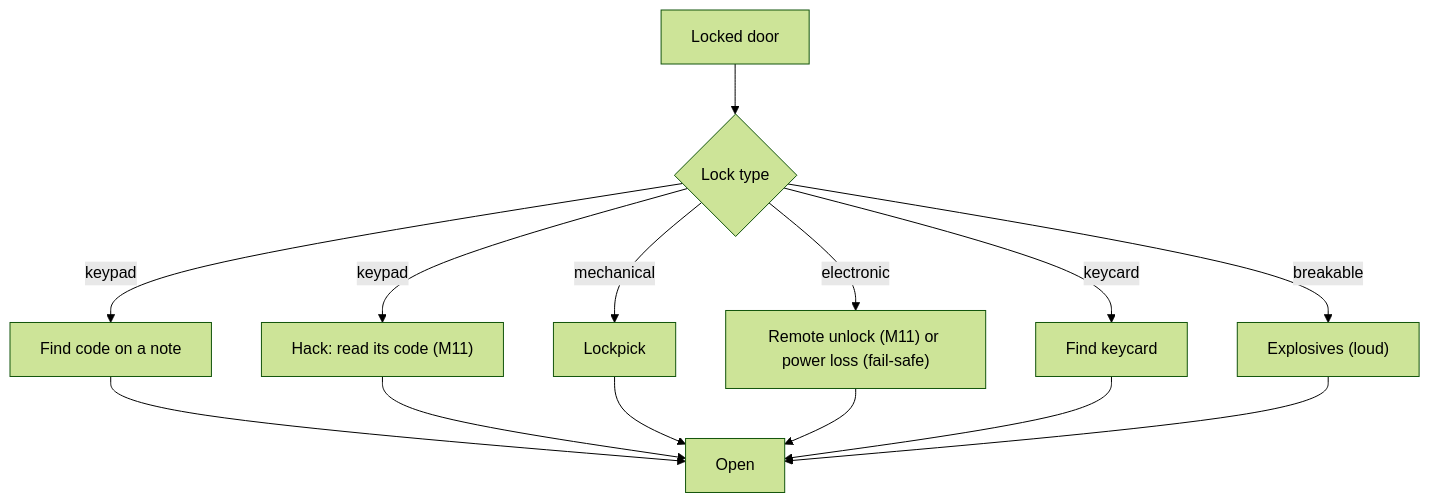
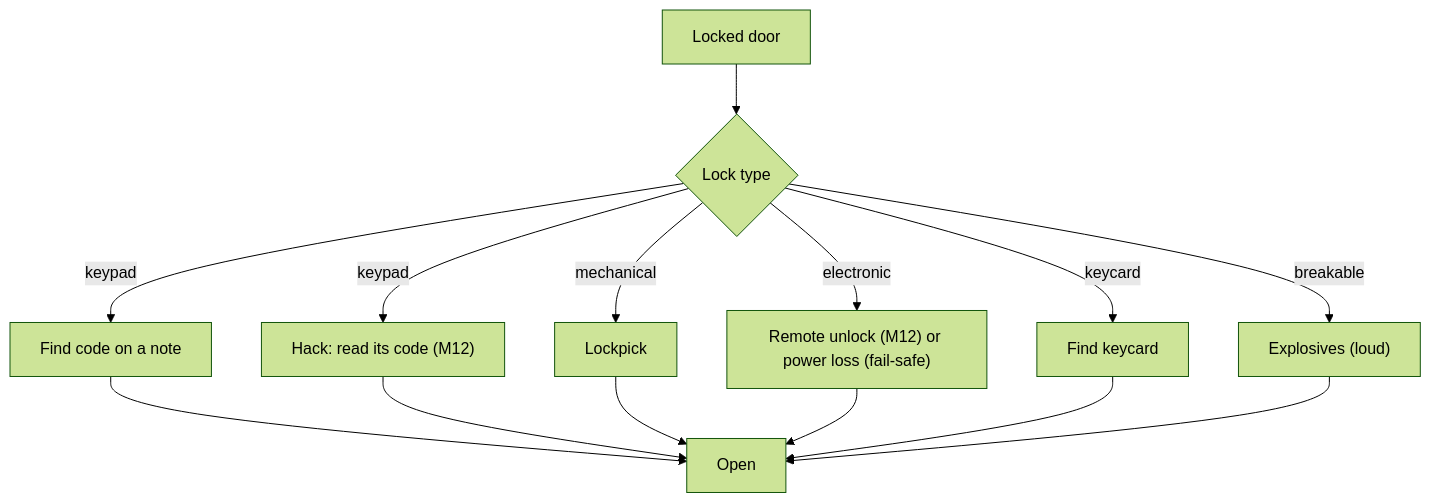
The diagram in design/game/security.md (matts2cant/im-sim-proto), drawn with Mermaid (forest theme) before and after one commit. The commit also changed other lines of this file and 26 other files, not shown here.

Commit message:
Roadmap: M11 Tab interface, M12 network hacking (renumbered from M11), M13-M20 from weapon feel to the open map

````diff
--- a/design/game/security.md
+++ b/design/game/security.md
@@ -173,16 +173,16 @@
 ```mermaid
 flowchart TD
     D["Locked door"] --> K{"Lock type"}
     K -->|keypad| K1["Find code on a note"]
-    K -->|keypad| K2["Hack: read its code (M11)"]
+    K -->|keypad| K2["Hack: read its code (M12)"]
     K -->|mechanical| L1["Lockpick"]
-    K -->|electronic| E1["Remote unlock (M11) or power loss (fail-safe)"]
+    K -->|electronic| E1["Remote unlock (M12) or power loss (fail-safe)"]
     K -->|keycard| C1["Find keycard"]
     K -->|breakable| B1["Explosives (loud)"]
     K1 --> O["Open"]
     K2 --> O
     L1 --> O
     E1 --> O
     C1 --> O
     B1 --> O
 ```
````
